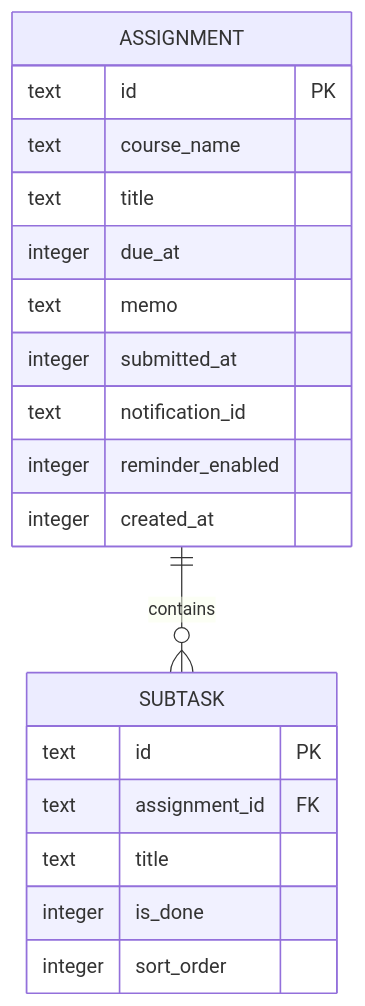
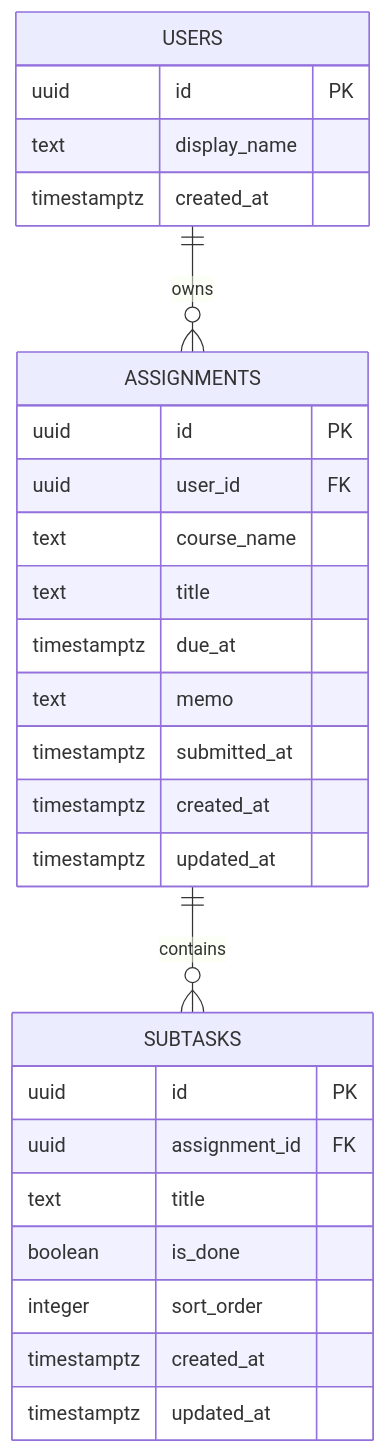
One commit to AllaboutZENA/msp-2026-one-step changed the second of 2 diagrams in docs/wiki/Architecture.md. Above: the diagram before and after it, drawn with Mermaid. The commit also changed other lines of this file and 8 other files, not shown here.

````diff
--- a/docs/wiki/Architecture.md
+++ b/docs/wiki/Architecture.md
@@ -5,22 +28,30 @@
 ```mermaid
 erDiagram
-    ASSIGNMENT ||--o{ SUBTASK : contains
-    ASSIGNMENT {
-        text id PK
+    USERS ||--o{ ASSIGNMENTS : owns
+    ASSIGNMENTS ||--o{ SUBTASKS : contains
+    USERS {
+        uuid id PK
+        text display_name
+        timestamptz created_at
+    }
+    ASSIGNMENTS {
+        uuid id PK
+        uuid user_id FK
         text course_name
         text title
-        integer due_at
+        timestamptz due_at
         text memo
-        integer submitted_at
-        text notification_id
-        integer reminder_enabled
-        integer created_at
+        timestamptz submitted_at
+        timestamptz created_at
+        timestamptz updated_at
     }
-    SUBTASK {
-        text id PK
-        text assignment_id FK
+    SUBTASKS {
+        uuid id PK
+        uuid assignment_id FK
         text title
-        integer is_done
+        boolean is_done
         integer sort_order
+        timestamptz created_at
+        timestamptz updated_at
     }
 ```
````
